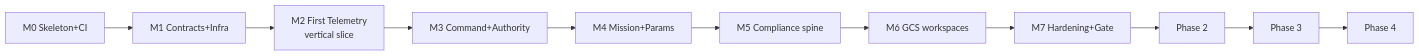
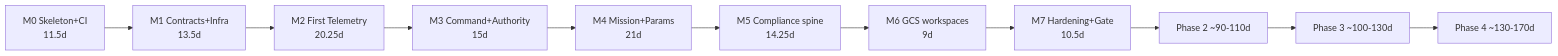
One commit to Praddyx15/UAOP changed the first of 2 diagrams in docs/07_Implementation_Guides/IMPLEMENTATION_PLAN.md. Above: the diagram before and after it, drawn with Mermaid. The commit also changed other lines of this file and 27 other files, not shown here.

````diff
--- a/docs/07_Implementation_Guides/IMPLEMENTATION_PLAN.md
+++ b/docs/07_Implementation_Guides/IMPLEMENTATION_PLAN.md
@@ -15,11 +46,11 @@
 ```mermaid
 graph LR
-    M0[M0 Skeleton+CI] --> M1[M1 Contracts+Infra]
-    M1 --> M2[M2 First Telemetry<br/>vertical slice]
-    M2 --> M3[M3 Command+Authority]
-    M3 --> M4[M4 Mission+Params]
-    M4 --> M5[M5 Compliance spine]
-    M5 --> M6[M6 GCS workspaces]
-    M6 --> M7[M7 Hardening+Gate]
-    M7 --> P2[Phase 2] --> P3[Phase 3] --> P4[Phase 4]
+    M0[M0 Skeleton+CI<br/>11.5d] --> M1[M1 Contracts+Infra<br/>13.5d]
+    M1 --> M2[M2 First Telemetry<br/>20.25d]
+    M2 --> M3[M3 Command+Authority<br/>15d]
+    M3 --> M4[M4 Mission+Params<br/>21d]
+    M4 --> M5[M5 Compliance spine<br/>14.25d]
+    M5 --> M6[M6 GCS workspaces<br/>9d]
+    M6 --> M7[M7 Hardening+Gate<br/>10.5d]
+    M7 --> P2[Phase 2 ~90-110d] --> P3[Phase 3 ~100-130d] --> P4[Phase 4 ~130-170d]
 ```
````
